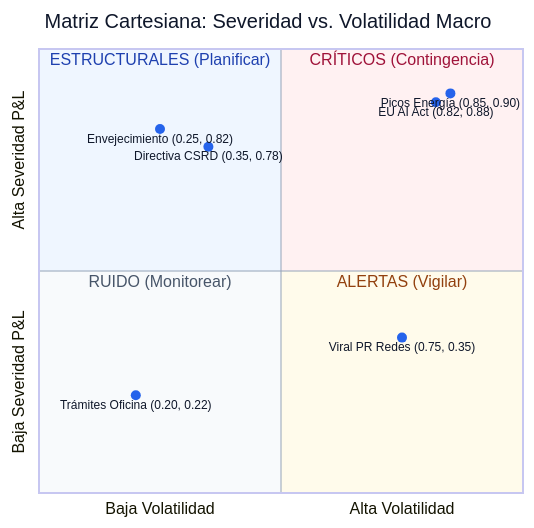
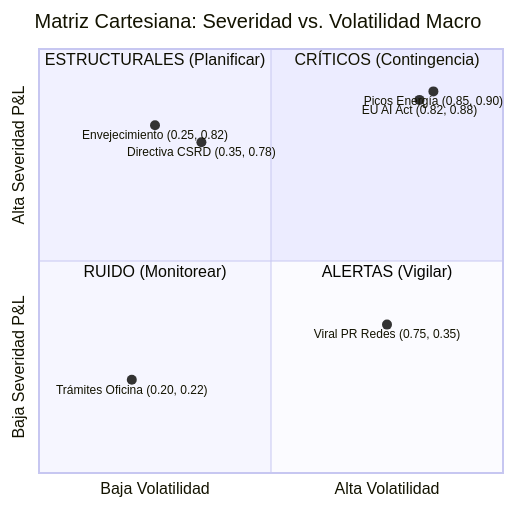
One commit to Dalaez/datalaria-website changed the third of 3 diagrams in content/es/posts/matriz-pestel-cuantitativa/index.md. Above: the diagram before and after it, drawn with Mermaid. The commit also changed other lines of this file and 28 other files, not shown here.

```diff
--- a/content/es/posts/matriz-pestel-cuantitativa/index.md
+++ b/content/es/posts/matriz-pestel-cuantitativa/index.md
@@ -146,27 +214,27 @@
 {{< mermaid >}}
 %%{init: {
   "quadrantChart": { "chartWidth": 520, "chartHeight": 520 },
   "themeVariables": {
     "quadrant1Fill": "#FFF1F2", "quadrant1TextFill": "#9F1239",
     "quadrant2Fill": "#EFF6FF", "quadrant2TextFill": "#1E40AF",
     "quadrant3Fill": "#F8FAFC", "quadrant3TextFill": "#475569",
     "quadrant4Fill": "#FFFBEB", "quadrant4TextFill": "#92400E",
     "quadrantPointFill": "#2563EB", "quadrantPointTextFill": "#0F172A",
     "quadrantTitleFill": "#0F172A", "quadrantInternalBorderStrokeFill": "#94A3B8"
   }
-}}%%
+}%%
 quadrantChart
     title Matriz Cartesiana: Severidad vs. Volatilidad Macro
     x-axis "Baja Volatilidad" --> "Alta Volatilidad"
     y-axis "Baja Severidad P&L" --> "Alta Severidad P&L"
     quadrant-1 "CRÍTICOS (Contingencia)"
     quadrant-2 "ESTRUCTURALES (Planificar)"
     quadrant-3 "RUIDO (Monitorear)"
     quadrant-4 "ALERTAS (Vigilar)"
     "Picos Energía (0.85, 0.90)": [0.85, 0.90]
     "EU AI Act (0.82, 0.88)": [0.82, 0.88]
     "Envejecimiento (0.25, 0.82)": [0.25, 0.82]
     "Directiva CSRD (0.35, 0.78)": [0.35, 0.78]
     "Viral PR Redes (0.75, 0.35)": [0.75, 0.35]
     "Trámites Oficina (0.20, 0.22)": [0.20, 0.22]
 {{< /mermaid >}}
```
